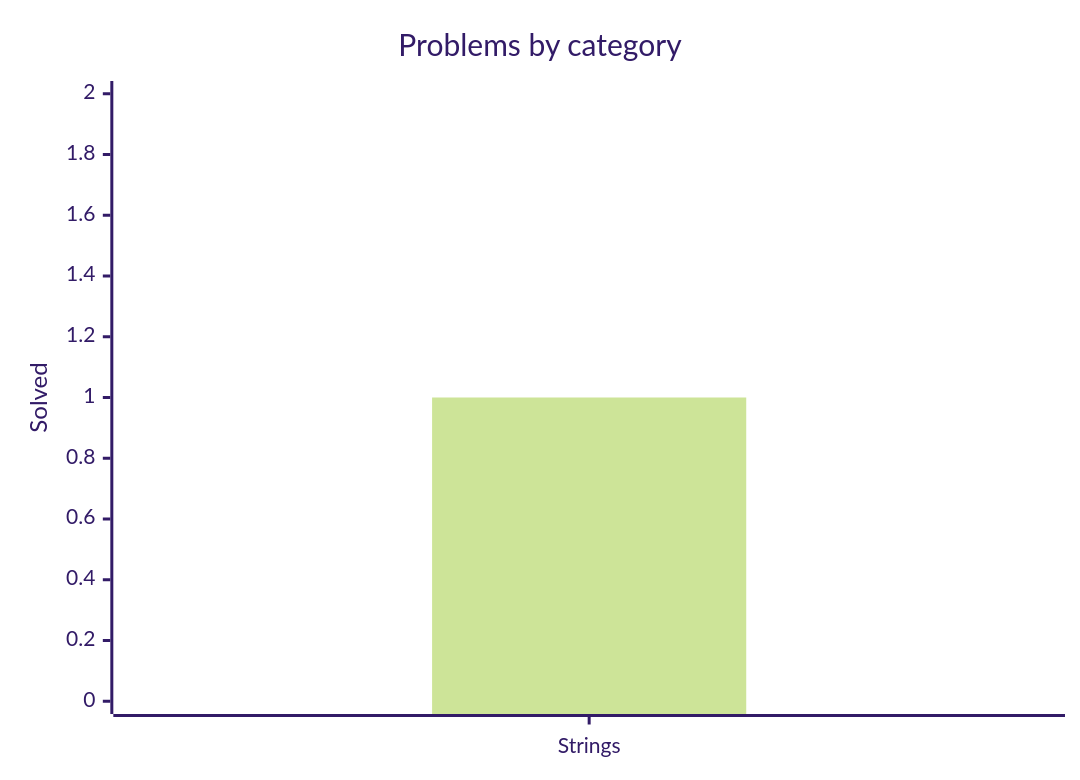
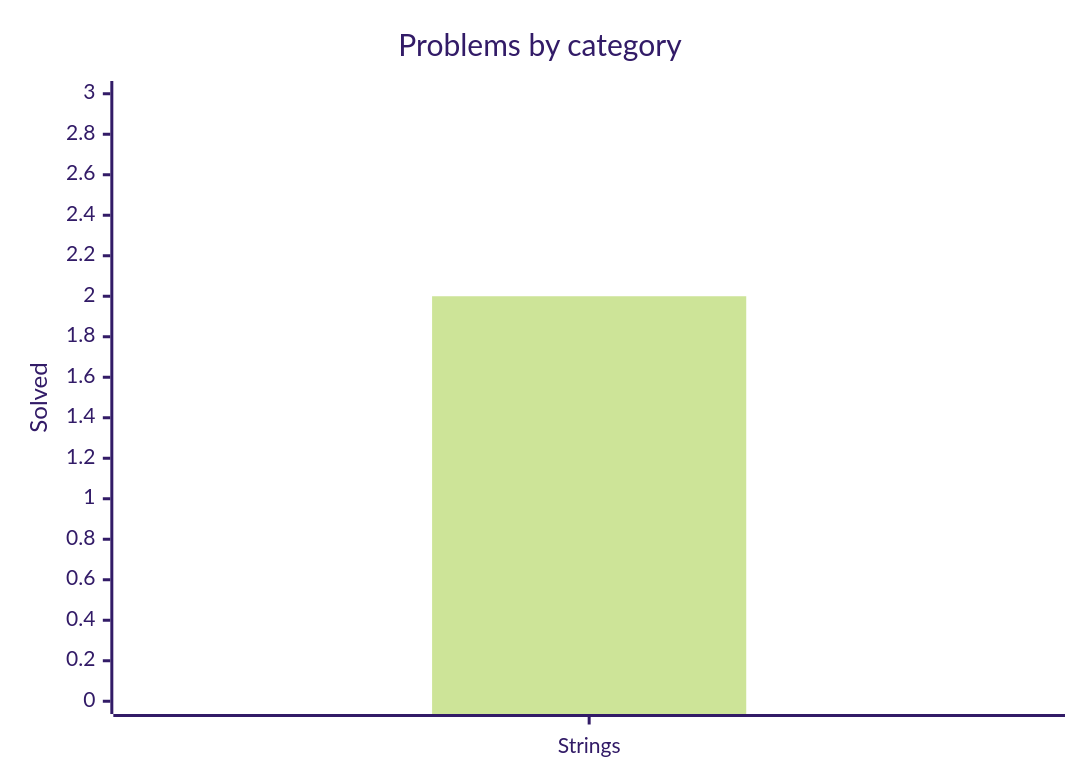
Before and after one commit to mauli-waghmore/data-structures-algorithms-kotlin: the diagram in README.md, drawn with Mermaid (forest theme). The commit also changed other lines of this file and 1 other file, not shown here.

````diff
--- a/README.md
+++ b/README.md
@@ -35,8 +35,8 @@
 ```mermaid
 %%{init: {"xyChart": {"plotColorPalette": "#7F52FF"}}}%%
 xychart-beta
     title "Problems by category"
     x-axis ["Strings"]
-    y-axis "Solved" 0 --> 2
-    bar [1]
+    y-axis "Solved" 0 --> 3
+    bar [2]
 ```
````
